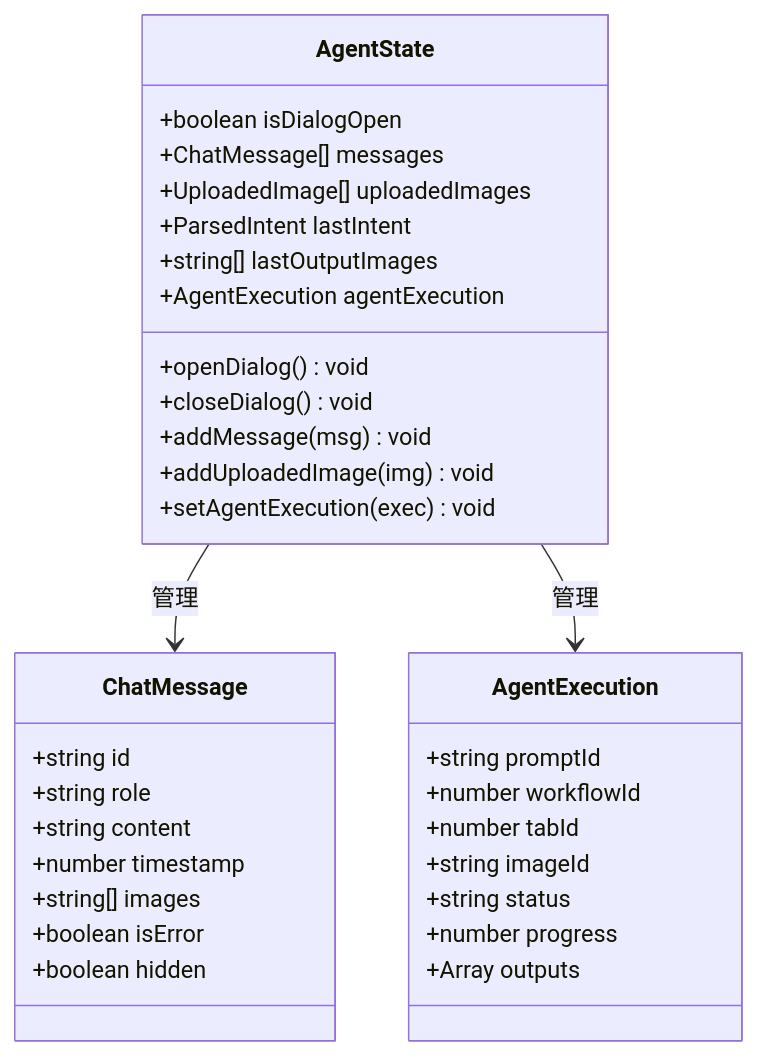
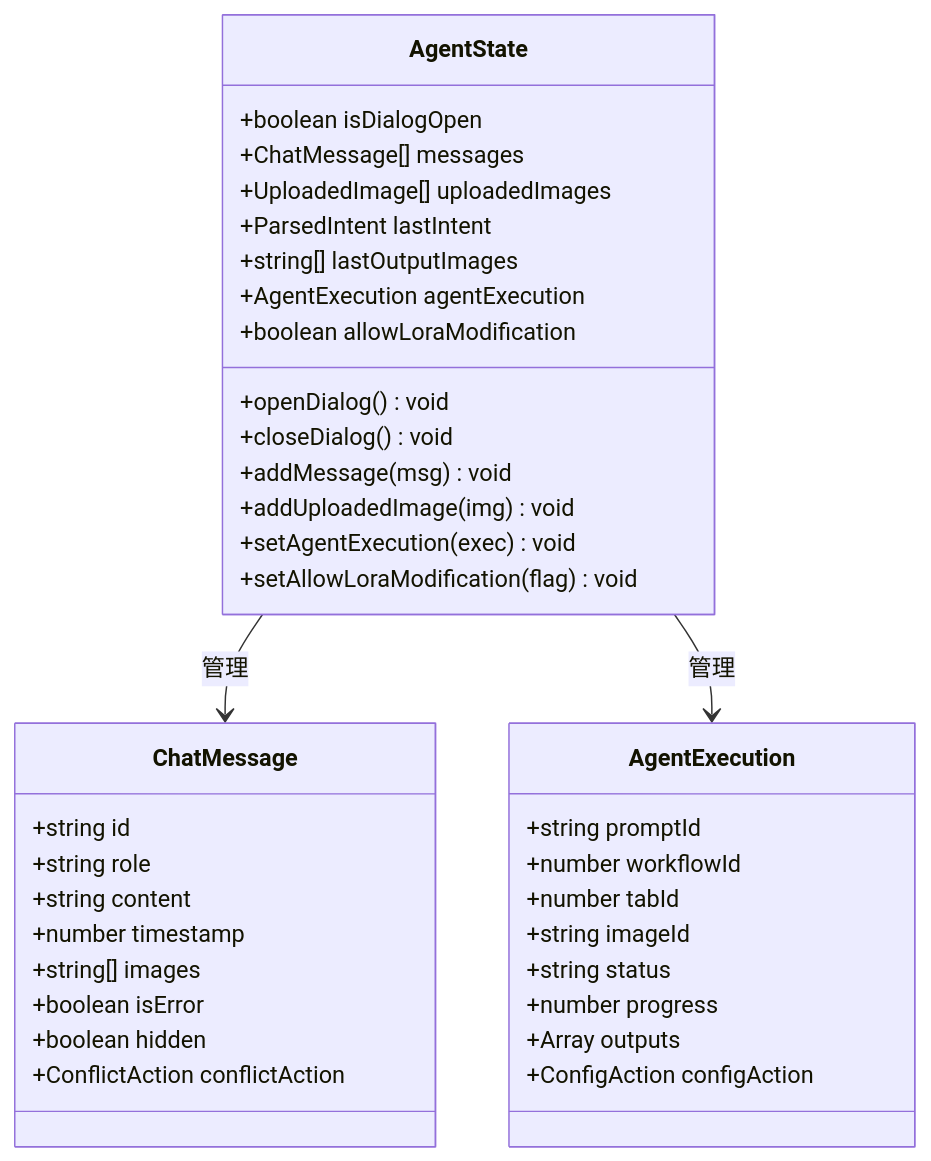
The fifth of 9 diagrams in .qoder/repowiki/zh/content/AI浮动按钮组件.md (billye220670/CorineKit_Pix2Real), drawn with Mermaid before and after one commit. The commit also changed other lines of this file and 11 other files, not shown here.

````diff
--- a/.qoder/repowiki/zh/content/AI浮动按钮组件.md
+++ b/.qoder/repowiki/zh/content/AI浮动按钮组件.md
@@ -231,36 +277,40 @@
 ```mermaid
 classDiagram
 class AgentState {
 +boolean isDialogOpen
 +ChatMessage[] messages
 +UploadedImage[] uploadedImages
 +ParsedIntent lastIntent
 +string[] lastOutputImages
 +AgentExecution agentExecution
++boolean allowLoraModification
 +openDialog() void
 +closeDialog() void
 +addMessage(msg) void
 +addUploadedImage(img) void
 +setAgentExecution(exec) void
++setAllowLoraModification(flag) void
 }
 class ChatMessage {
 +string id
 +string role
 +string content
 +number timestamp
 +string[] images
 +boolean isError
 +boolean hidden
++ConflictAction conflictAction
 }
 class AgentExecution {
 +string promptId
 +number workflowId
 +number tabId
 +string imageId
 +string status
 +number progress
 +Array outputs
++ConfigAction configAction
 }
 AgentState --> ChatMessage : 管理
 AgentState --> AgentExecution : 管理
 ```
````
